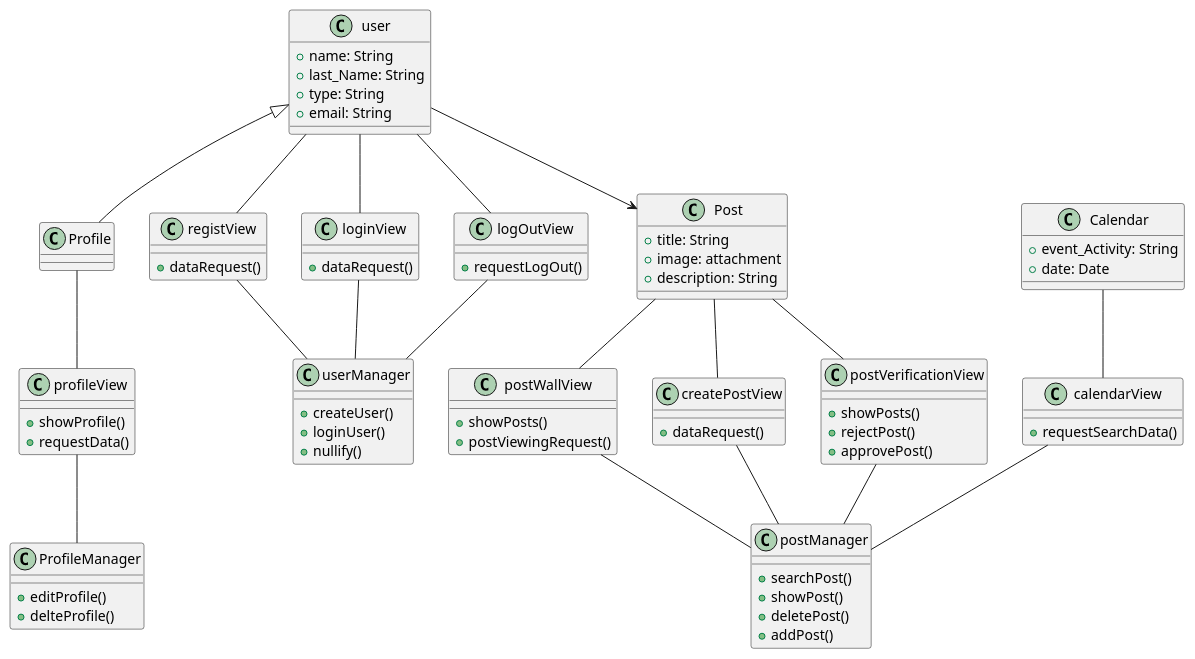
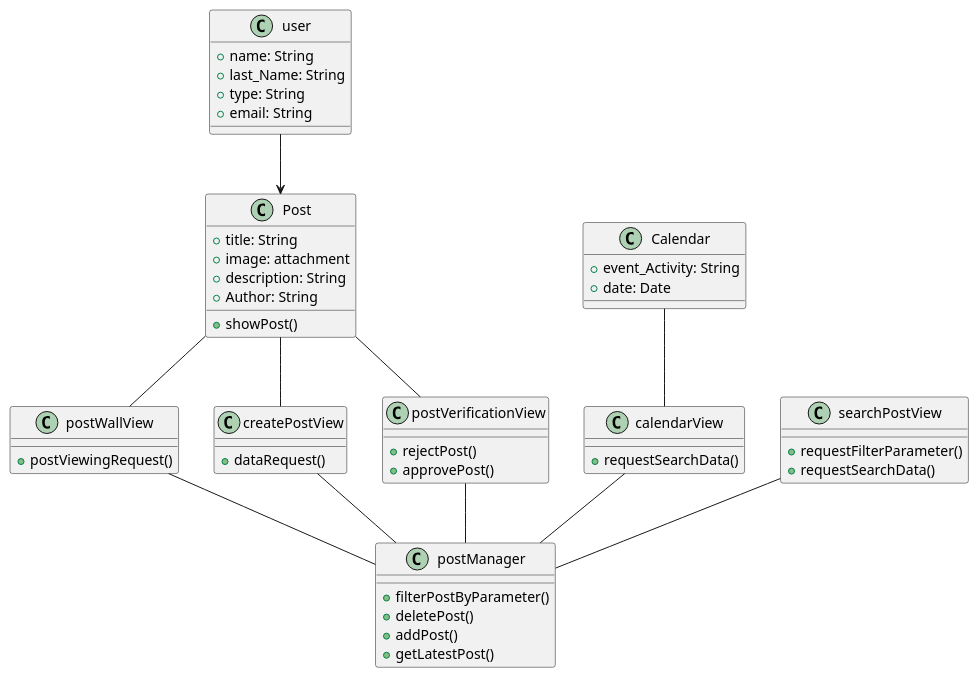
One commit to Dayannis-07/ING_SOFT changed the diagram in docs/scenariosView/AnalysisClassDiagram.plantuml. Above: the diagram before and after it, drawn with PlantUML. The commit also changed 14 other files, not shown here.

Commit message:
Analysis Class Diagram Corrections

```diff
--- a/docs/scenariosView/AnalysisClassDiagram.plantuml
+++ b/docs/scenariosView/AnalysisClassDiagram.plantuml
@@ -1,81 +1,53 @@
 @startuml classDiagram
 class user{
  +name: String
     +last_Name: String
     +type: String
     +email: String
 }
 class Post{
  +title: String
     +image: attachment
     +description: String
-}
-class Profile{}
-class profileView{
-+showProfile()
-+requestData()
-}
-class ProfileManager{
-+editProfile()
-+delteProfile()
+    + Author: String
+    + showPost()
 }
 class Calendar{
     +event_Activity: String
     +date: Date
 }
-class registView{
-   +dataRequest()
-}
-class userManager{
-     +createUser()
-     +loginUser()
-     +nullify()
-}
-class loginView{
-+dataRequest()
-}
 class postWallView{
-  +showPosts()
   +postViewingRequest()
 }
 class createPostView{
  +dataRequest()
 }
 class postManager{
-+searchPost()
-+showPost()
++filterPostByParameter()
 +deletePost()
 +addPost()
++ getLatestPost()
 }
 class postVerificationView{
-+showPosts()
 +rejectPost()
 +approvePost()
 }
 class calendarView{
 +requestSearchData()
 }
-
-class logOutView{
-+requestLogOut()
+class searchPostView{
+  +requestFilterParameter()
+  +requestSearchData()
 }
 
-user <|--Profile
-user-- registView
-user-- logOutView
-logOutView-- userManager
-registView-- userManager
-user-- loginView
-loginView-- userManager
-Profile--profileView
-profileView--ProfileManager
 Post--postWallView
 Post-- postVerificationView
 Post-- createPostView
 Calendar--calendarView
 postWallView--postManager
 createPostView--postManager
 postVerificationView--postManager
 calendarView--postManager
-user-->Post 
+searchPostView--postManager
+user-->Post
 @enduml
```
